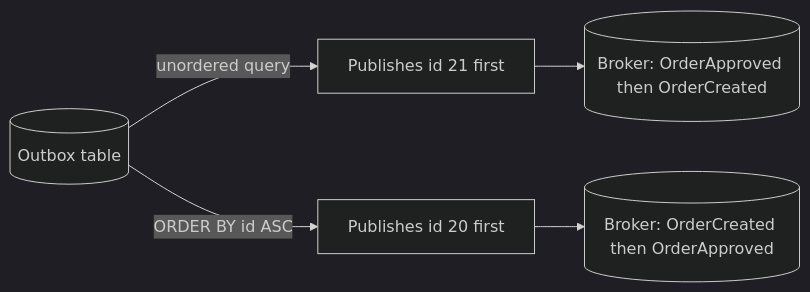
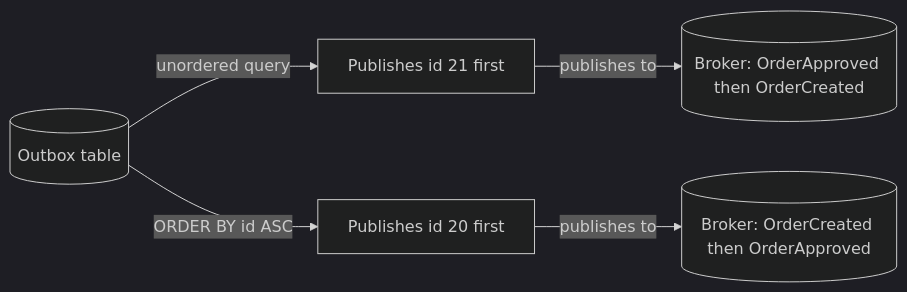
One commit to vinayakuber/microservices-io-study-guide changed the tenth of 13 diagrams in docs/ch12-polling-publisher.md. Above: the diagram before and after it, drawn with Mermaid (dark theme). The commit also changed other lines of this file and 71 other files, not shown here.

First line of the commit message:
R18: label every diagram arrow with its meaning

````diff
--- a/docs/ch12-polling-publisher.md
+++ b/docs/ch12-polling-publisher.md
@@ -304,7 +304,7 @@
 ```mermaid
 flowchart LR
   DB[("Outbox table")] -->|unordered query| BAD["Publishes id 21 first"]
-  BAD --> BRK[("Broker: OrderApproved then OrderCreated")]
+  BAD -->|"publishes to"| BRK[("Broker: OrderApproved then OrderCreated")]
   DB -->|ORDER BY id ASC| GOOD["Publishes id 20 first"]
-  GOOD --> BRK2[("Broker: OrderCreated then OrderApproved")]
+  GOOD -->|"publishes to"| BRK2[("Broker: OrderCreated then OrderApproved")]
 ```
````
